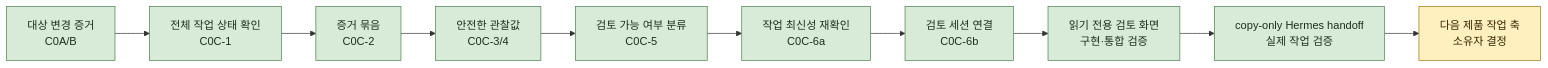
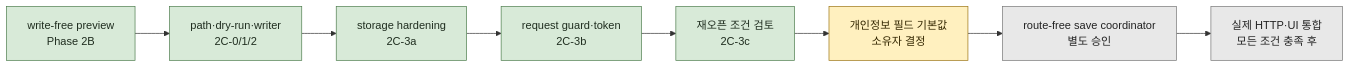
One commit to 1412moo/jarvis-core changed the second of 2 diagrams in docs/master-plan.md. Above: the diagram before and after it, drawn with Mermaid. The commit also changed other lines of this file and 3 other files, not shown here.

````diff
--- a/docs/master-plan.md
+++ b/docs/master-plan.md
@@ -130,18 +134,17 @@
 ```mermaid
 flowchart LR
-    A["대상 변경 증거<br/>C0A/B"] --> B["전체 작업 상태 확인<br/>C0C-1"]
-    B --> C["증거 묶음<br/>C0C-2"]
-    C --> D["안전한 관찰값<br/>C0C-3/4"]
-    D --> E["검토 가능 여부 분류<br/>C0C-5"]
-    E --> F["작업 최신성 재확인<br/>C0C-6a"]
-    F --> G["검토 세션 연결<br/>C0C-6b"]
-    G --> H["읽기 전용 검토 화면<br/>구현·통합 검증"]
-    H --> I["copy-only Hermes handoff<br/>실제 작업 검증"]
-    I --> J["다음 제품 작업 축<br/>소유자 결정"]
+    A["write-free preview<br/>Phase 2B"] --> B["path·dry-run·writer<br/>2C-0/1/2"]
+    B --> C["storage hardening<br/>2C-3a"]
+    C --> D["request guard·token<br/>2C-3b"]
+    D --> E["재오픈 조건 검토<br/>2C-3c"]
+    E --> F["개인정보 필드 기본값<br/>소유자 결정"]
+    F --> G["route-free save coordinator<br/>별도 승인"]
+    G --> H["실제 HTTP·UI 통합<br/>모든 조건 충족 후"]
 
     classDef done fill:#d8ead8,stroke:#4d7d4d,color:#1f2d1f;
     classDef current fill:#fff0bf,stroke:#9b7412,color:#332600;
     classDef future fill:#e8e8e8,stroke:#777,color:#222;
-    class A,B,C,D,E,F,G,H,I done;
-    class J current;
+    class A,B,C,D,E done;
+    class F current;
+    class G,H future;
 ```
````
